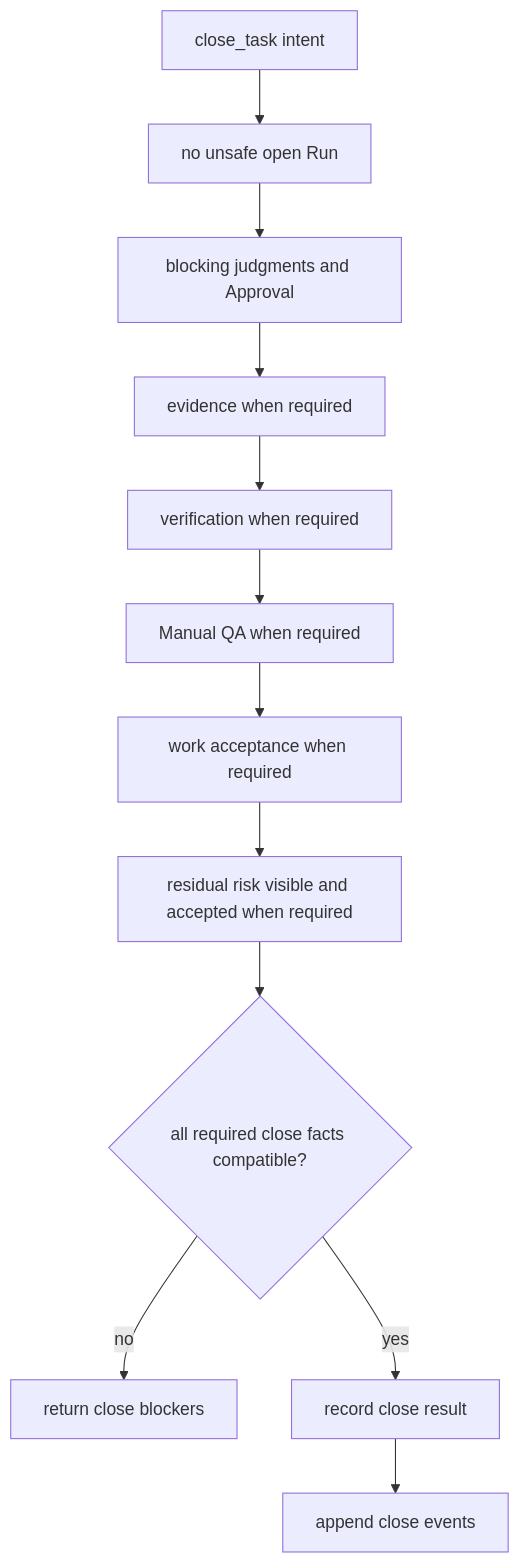
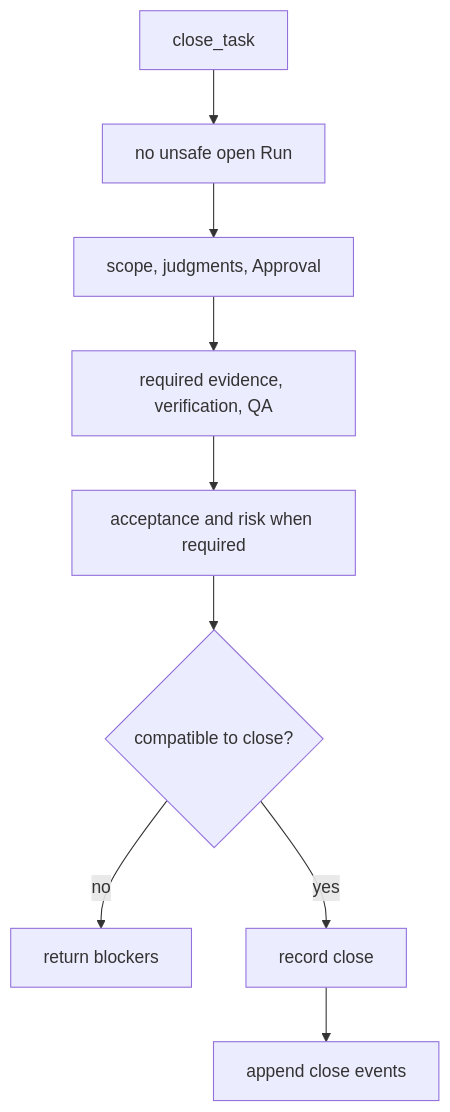
The third of 3 diagrams in docs/en/reference/core-model.md (minjungw00/Harness_Project), drawn with Mermaid before and after one commit. The commit also changed other lines of this file and 15 other files, not shown here.

Commit message:
docs: simplify and audit Harness diagrams

````diff
--- a/docs/en/reference/core-model.md
+++ b/docs/en/reference/core-model.md
@@ -646,14 +644,11 @@
 ```mermaid
 flowchart TD
-  Intent["close_task intent"] --> Safe["no unsafe open Run"]
-  Safe --> Judgments["blocking judgments and Approval"]
-  Judgments --> Evidence["evidence when required"]
-  Evidence --> Verify["verification when required"]
-  Verify --> QA["Manual QA when required"]
-  QA --> Acceptance["work acceptance when required"]
-  Acceptance --> Risk["residual risk visible and accepted when required"]
-  Risk --> Ready{"all required close facts compatible?"}
-  Ready -->|no| Blockers["return close blockers"]
-  Ready -->|yes| Close["record close result"]
+  Intent["close_task"] --> Safe["no unsafe open Run"]
+  Safe --> Gates["scope, judgments, Approval"]
+  Gates --> Proof["required evidence, verification, QA"]
+  Proof --> Acceptance["acceptance and risk when required"]
+  Acceptance --> Ready{"compatible to close?"}
+  Ready -->|no| Blockers["return blockers"]
+  Ready -->|yes| Close["record close"]
   Close --> Events["append close events"]
 ```
````
